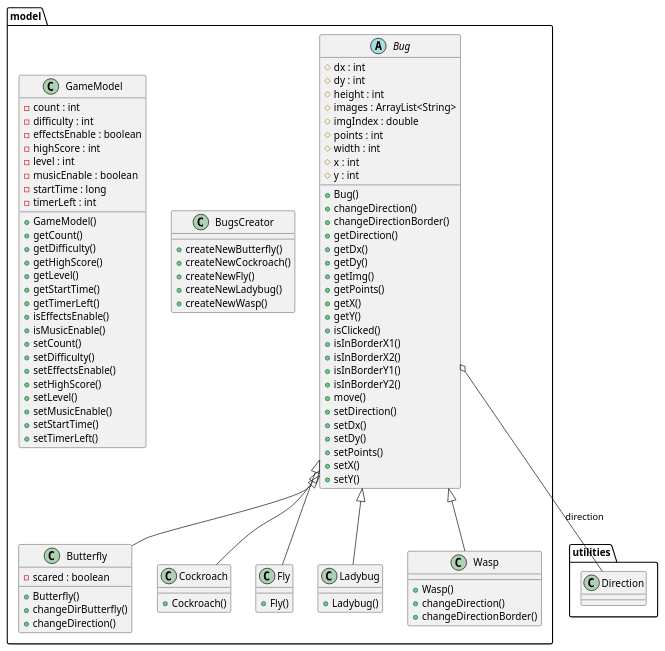
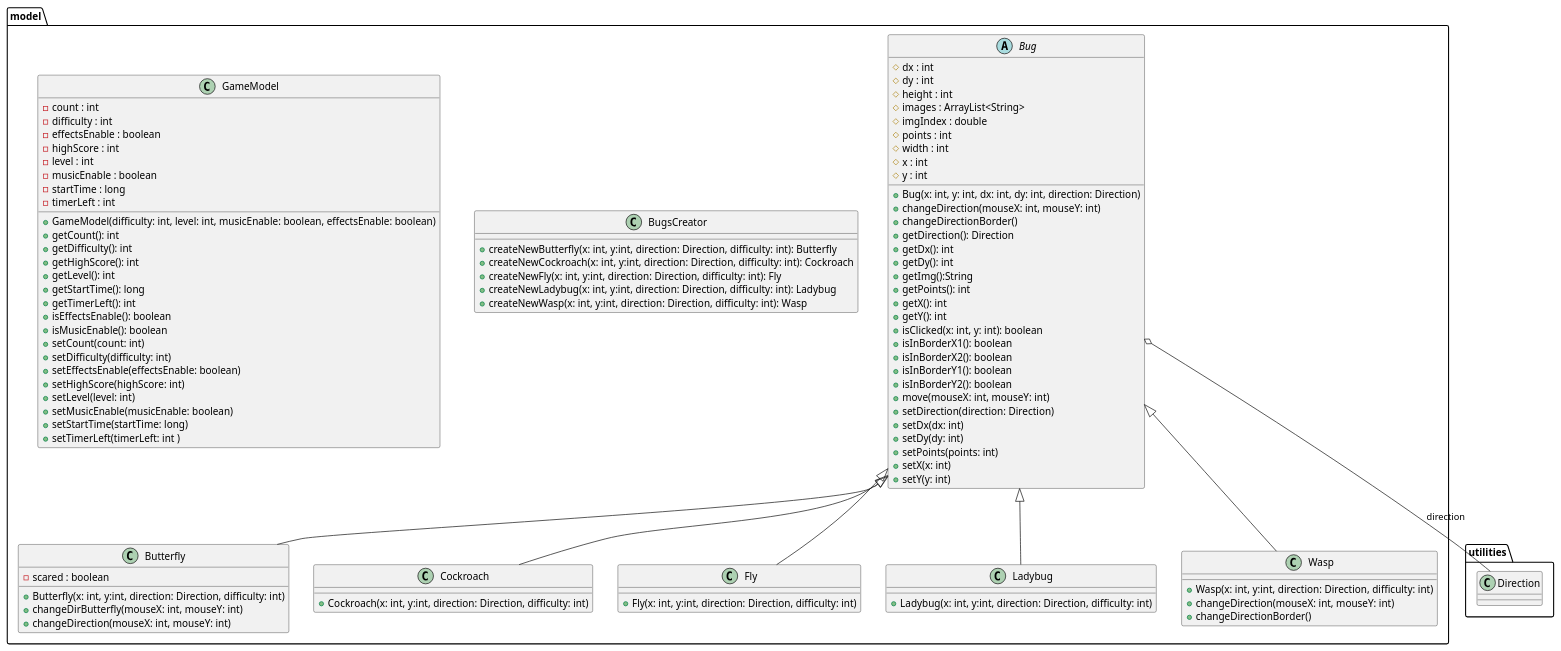
One commit to lcintini/JFlySwatter changed the diagram in src/model/model.plantuml. Above: the diagram before and after it, drawn with PlantUML. The commit also changed 10 other files, not shown here.

Commit message:
correzione diagrammi uml

```diff
--- a/src/model/model.plantuml
+++ b/src/model/model.plantuml
@@ -1,131 +1,131 @@
 @startuml
 
  namespace model {
       abstract class model.Bug {
           # dx : int
           # dy : int
           # height : int
           # images : ArrayList<String>
           # imgIndex : double
           # points : int
           # width : int
           # x : int
           # y : int
-          + Bug()
-          + changeDirection()
+          + Bug(x: int, y: int, dx: int, dy: int, direction: Direction)
+          + changeDirection(mouseX: int, mouseY: int)
           + changeDirectionBorder()
-          + getDirection()
-          + getDx()
-          + getDy()
-          + getImg()
-          + getPoints()
-          + getX()
-          + getY()
-          + isClicked()
-          + isInBorderX1()
-          + isInBorderX2()
-          + isInBorderY1()
-          + isInBorderY2()
-          + move()
-          + setDirection()
-          + setDx()
-          + setDy()
-          + setPoints()
-          + setX()
-          + setY()
+          + getDirection(): Direction
+          + getDx(): int
+          + getDy(): int
+          + getImg():String
+          + getPoints(): int
+          + getX(): int
+          + getY(): int
+          + isClicked(x: int, y: int): boolean
+          + isInBorderX1(): boolean
+          + isInBorderX2(): boolean
+          + isInBorderY1(): boolean
+          + isInBorderY2(): boolean
+          + move(mouseX: int, mouseY: int)
+          + setDirection(direction: Direction)
+          + setDx(dx: int)
+          + setDy(dy: int)
+          + setPoints(points: int)
+          + setX(x: int)
+          + setY(y: int)
       }
     }
   
 
   namespace model {
       class model.BugsCreator {
-          + createNewButterfly()
-          + createNewCockroach()
-          + createNewFly()
-          + createNewLadybug()
-          + createNewWasp()
+          + createNewButterfly(x: int, y:int, direction: Direction, difficulty: int): Butterfly
+          + createNewCockroach(x: int, y:int, direction: Direction, difficulty: int): Cockroach
+          + createNewFly(x: int, y:int, direction: Direction, difficulty: int): Fly
+          + createNewLadybug(x: int, y:int, direction: Direction, difficulty: int): Ladybug
+          + createNewWasp(x: int, y:int, direction: Direction, difficulty: int): Wasp
       }
     }
   
 
   namespace model {
       class model.Butterfly {
           - scared : boolean
-          + Butterfly()
-          + changeDirButterfly()
-          + changeDirection()
+          + Butterfly(x: int, y:int, direction: Direction, difficulty: int)
+          + changeDirButterfly(mouseX: int, mouseY: int)
+          + changeDirection(mouseX: int, mouseY: int)
       }
     }
   
 
   namespace model {
       class model.Cockroach {
-          + Cockroach()
+          + Cockroach(x: int, y:int, direction: Direction, difficulty: int)
       }
     }
   
 
   namespace model {
       class model.Fly {
-          + Fly()
+          + Fly(x: int, y:int, direction: Direction, difficulty: int)
       }
     }
   
 
   namespace model {
       class model.GameModel {
           - count : int
           - difficulty : int
           - effectsEnable : boolean
           - highScore : int
           - level : int
           - musicEnable : boolean
           - startTime : long
           - timerLeft : int
-          + GameModel()
-          + getCount()
-          + getDifficulty()
-          + getHighScore()
-          + getLevel()
-          + getStartTime()
-          + getTimerLeft()
-          + isEffectsEnable()
-          + isMusicEnable()
-          + setCount()
-          + setDifficulty()
-          + setEffectsEnable()
-          + setHighScore()
-          + setLevel()
-          + setMusicEnable()
-          + setStartTime()
-          + setTimerLeft()
+          + GameModel(difficulty: int, level: int, musicEnable: boolean, effectsEnable: boolean)
+          + getCount(): int
+          + getDifficulty(): int
+          + getHighScore(): int
+          + getLevel(): int
+          + getStartTime(): long
+          + getTimerLeft(): int
+          + isEffectsEnable(): boolean
+          + isMusicEnable(): boolean
+          + setCount(count: int)
+          + setDifficulty(difficulty: int)
+          + setEffectsEnable(effectsEnable: boolean)
+          + setHighScore(highScore: int)
+          + setLevel(level: int)
+          + setMusicEnable(musicEnable: boolean)
+          + setStartTime(startTime: long)
+          + setTimerLeft(timerLeft: int )
       }
     }
   
 
   namespace model {
       class model.Ladybug {
-          + Ladybug()
+          + Ladybug(x: int, y:int, direction: Direction, difficulty: int)
       }
     }
   
 
   namespace model {
       class model.Wasp {
-          + Wasp()
-          + changeDirection()
+          + Wasp(x: int, y:int, direction: Direction, difficulty: int)
+          + changeDirection(mouseX: int, mouseY: int)
           + changeDirectionBorder()
       }
     }
   
 
   model.Bug o-- utilities.Direction : direction
   model.Butterfly -up-|> model.Bug
   model.Cockroach -up-|> model.Bug
   model.Fly -up-|> model.Bug
   model.Ladybug -up-|> model.Bug
   model.Wasp -up-|> model.Bug
 
 
 
 @enduml
```
